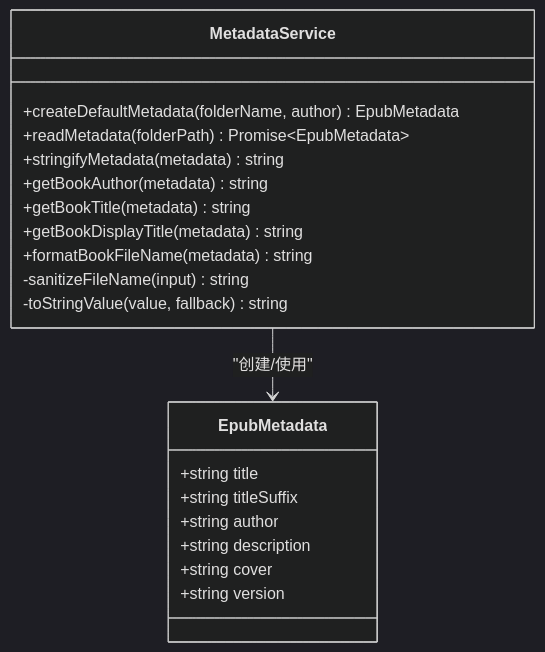
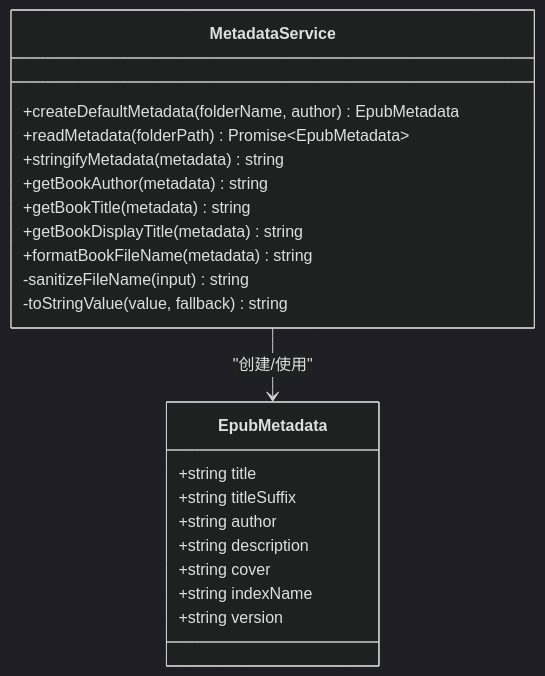
Before and after one commit to someok/vscode-folder2epub: the third of 10 diagrams in .qoder/repowiki/zh/content/技术架构详解/EPUB 构建系统/元数据管理系统.md, drawn with Mermaid (dark theme). The commit also changed other lines of this file and 4 other files, not shown here.

````diff
--- a/.qoder/repowiki/zh/content/技术架构详解/EPUB 构建系统/元数据管理系统.md
+++ b/.qoder/repowiki/zh/content/技术架构详解/EPUB 构建系统/元数据管理系统.md
@@ -169,23 +201,24 @@
 ```mermaid
 classDiagram
 class EpubMetadata {
 +string title
 +string titleSuffix
 +string author
 +string description
 +string cover
++string indexName
 +string version
 }
 class MetadataService {
 +createDefaultMetadata(folderName, author) EpubMetadata
 +readMetadata(folderPath) Promise~EpubMetadata~
 +stringifyMetadata(metadata) string
 +getBookAuthor(metadata) string
 +getBookTitle(metadata) string
 +getBookDisplayTitle(metadata) string
 +formatBookFileName(metadata) string
 -sanitizeFileName(input) string
 -toStringValue(value, fallback) string
 }
 MetadataService --> EpubMetadata : "创建/使用"
 ```
````
